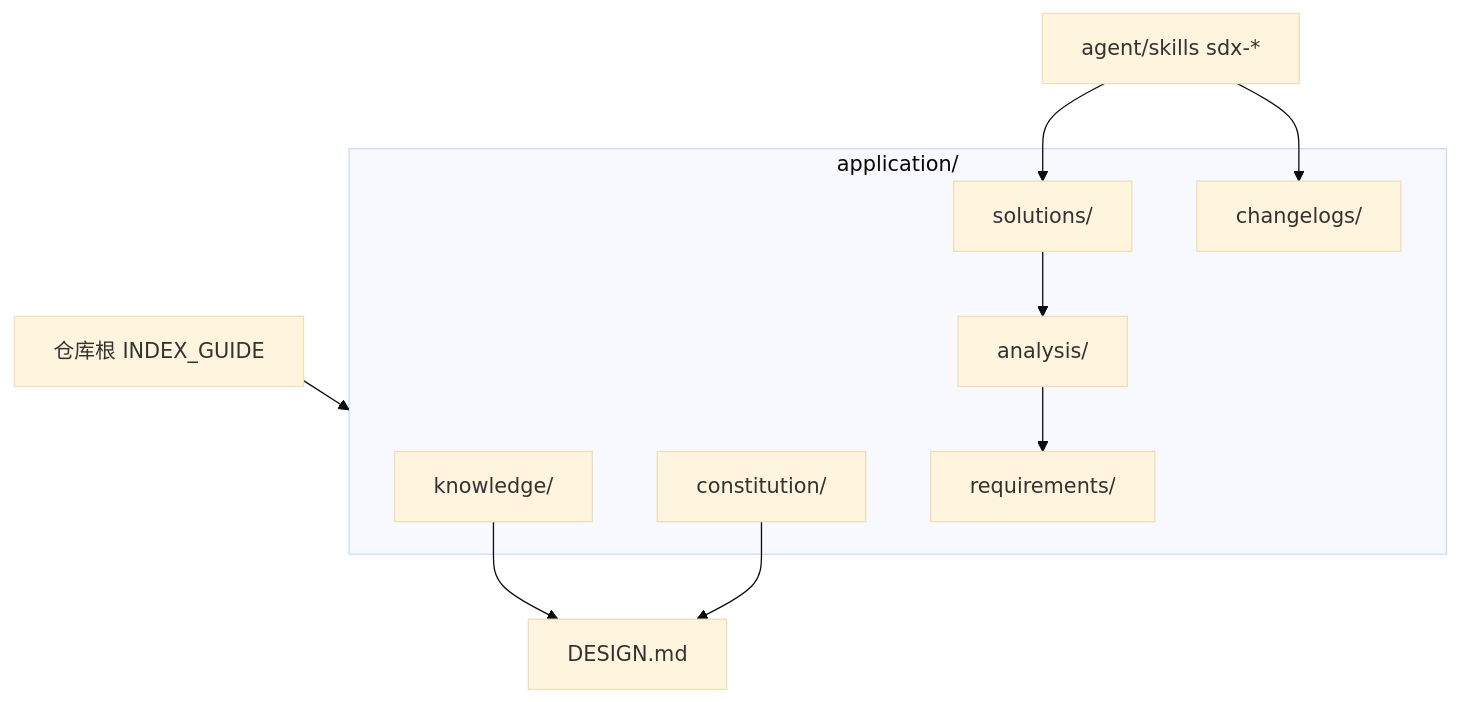
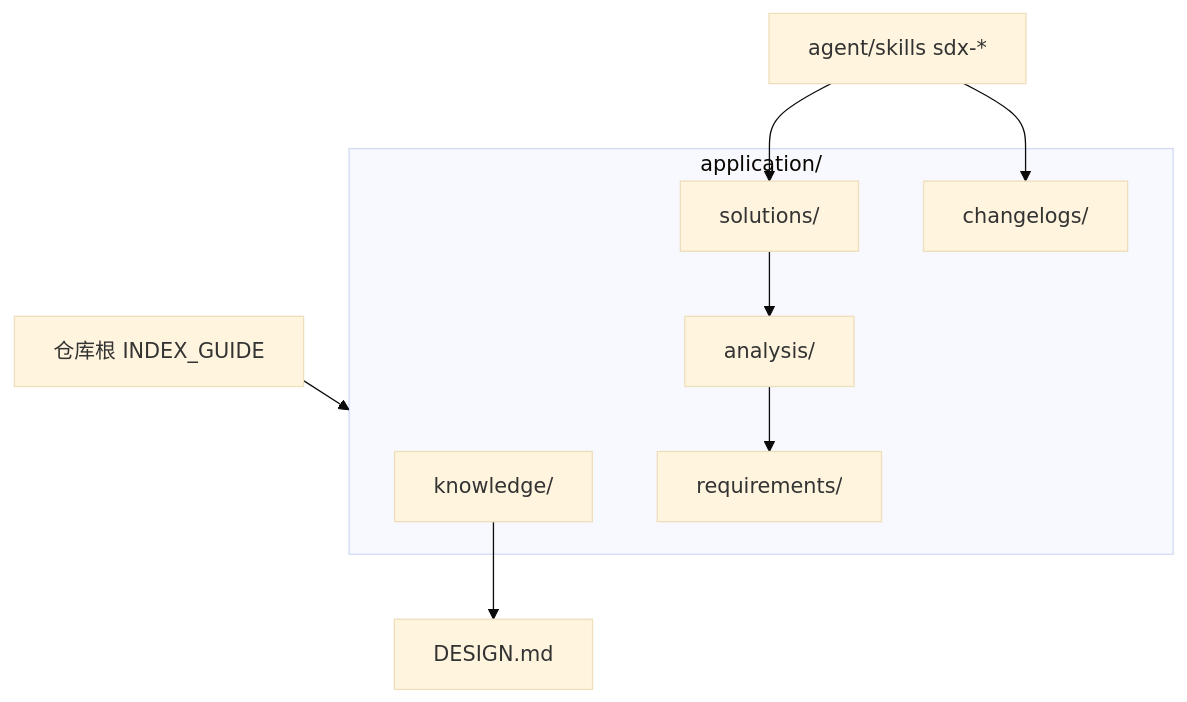
Before and after one commit to oleewen/ai-knowledge: the diagram in application/INDEX_GUIDE.md, drawn with Mermaid (base theme). The commit also changed other lines of this file and 198 other files, not shown here.

````diff
--- a/application/INDEX_GUIDE.md
+++ b/application/INDEX_GUIDE.md
@@ -53,19 +52,17 @@
 ```mermaid
 flowchart TB
   subgraph app["application/"]
     k["knowledge/"]
-    c["constitution/"]
     sol["solutions/"]
     ana["analysis/"]
     req["requirements/"]
     cl["changelogs/"]
   end
   root["仓库根 INDEX_GUIDE"]
   agent["agent/skills sdx-*"]
   root --> app
   sol --> ana --> req
   k --> DESIGN["DESIGN.md"]
-  c --> DESIGN
   agent --> sol
   agent --> cl
 ```
````
